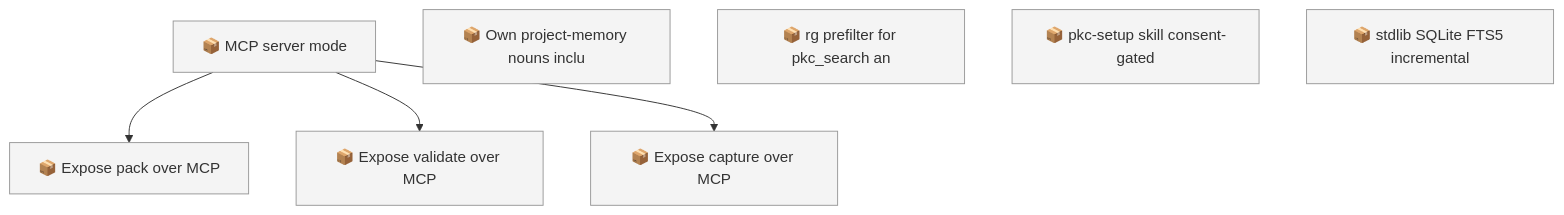
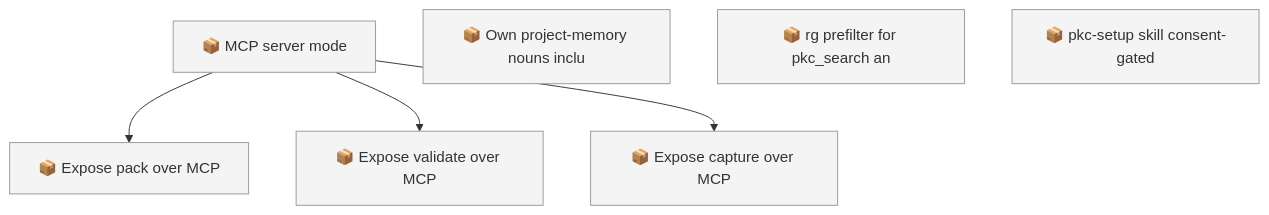
The first of 2 diagrams in docs/roadmap.md (SpillwaveSolutions/project-knowledge-capture), drawn with Mermaid before and after one commit. The commit also changed other lines of this file and 21 other files, not shown here.

First line of the commit message:
feat: stdlib SQLite FTS5 incremental index (rung 2)

````diff
--- a/docs/roadmap.md
+++ b/docs/roadmap.md
@@ -74,16 +67,15 @@
 ```mermaid
 graph TD
     01KZ75NQCMYGFYRCVJATEBVBRB["📦 MCP server mode"]
     01KZ75R3EXEG4GVGRP2S9CCKZ4["📦 Expose pack over MCP"]
     01KZ75R3M6BYQ643NKDCCSEEZC["📦 Expose validate over MCP"]
     01KZ75R3S2X1G4PCTGMMSR8BWA["📦 Expose capture over MCP"]
     01M0SZFFPWEVN9YX9D9RYZ1ZC1["📦 Own project-memory nouns inclu"]
     01M18Q792BSMYXM5F4WXBJ2CW4["📦 rg prefilter for pkc_search an"]
     01M18Q793WKR0FH409FAY6KHAT["📦 pkc-setup skill consent-gated"]
-    01M18QGFCPPCH3ZHMBQ2QW4JBF["📦 stdlib SQLite FTS5 incremental"]
     01KZ75NQCMYGFYRCVJATEBVBRB --> 01KZ75R3EXEG4GVGRP2S9CCKZ4
     01KZ75NQCMYGFYRCVJATEBVBRB --> 01KZ75R3M6BYQ643NKDCCSEEZC
     01KZ75NQCMYGFYRCVJATEBVBRB --> 01KZ75R3S2X1G4PCTGMMSR8BWA
     classDef todo fill:#f4f4f4,stroke:#999999
-    class 01KZ75NQCMYGFYRCVJATEBVBRB,01KZ75R3EXEG4GVGRP2S9CCKZ4,01KZ75R3M6BYQ643NKDCCSEEZC,01KZ75R3S2X1G4PCTGMMSR8BWA,01M0SZFFPWEVN9YX9D9RYZ1ZC1,01M18Q792BSMYXM5F4WXBJ2CW4,01M18Q793WKR0FH409FAY6KHAT,01M18QGFCPPCH3ZHMBQ2QW4JBF todo
+    class 01KZ75NQCMYGFYRCVJATEBVBRB,01KZ75R3EXEG4GVGRP2S9CCKZ4,01KZ75R3M6BYQ643NKDCCSEEZC,01KZ75R3S2X1G4PCTGMMSR8BWA,01M0SZFFPWEVN9YX9D9RYZ1ZC1,01M18Q792BSMYXM5F4WXBJ2CW4,01M18Q793WKR0FH409FAY6KHAT todo
 ```
````
